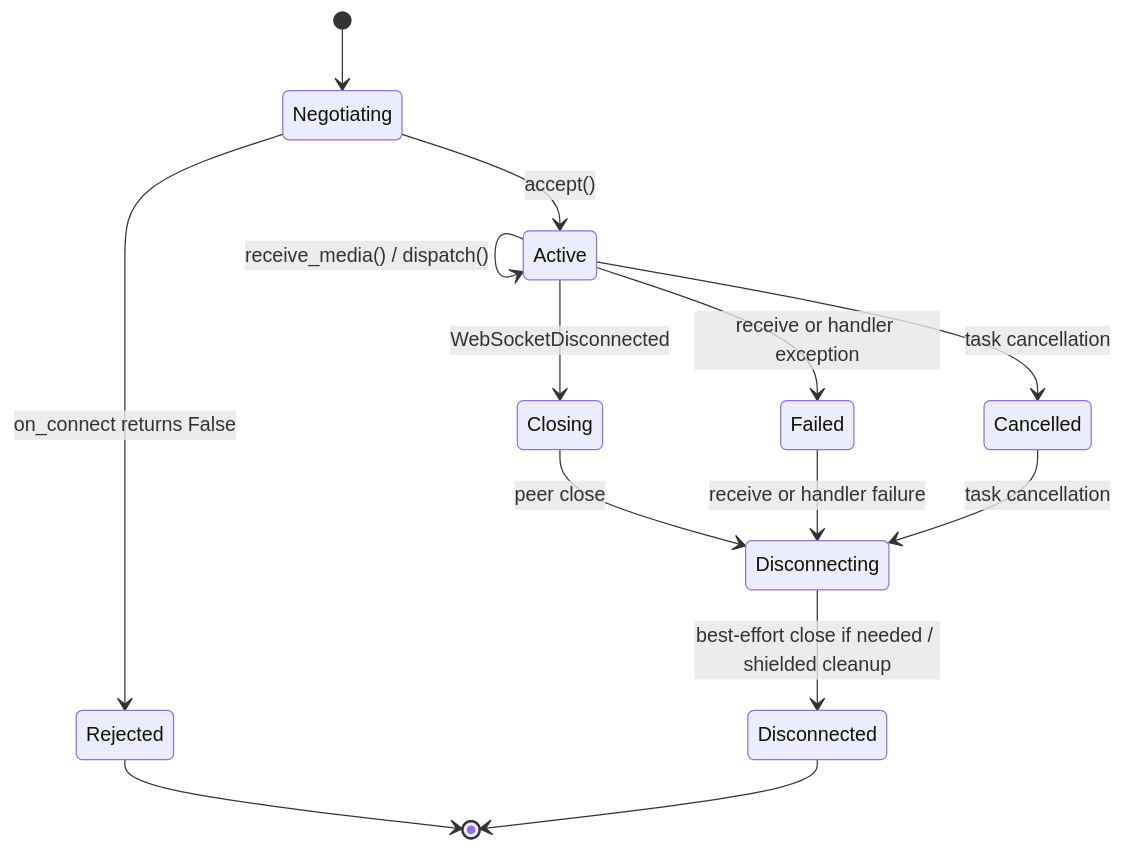
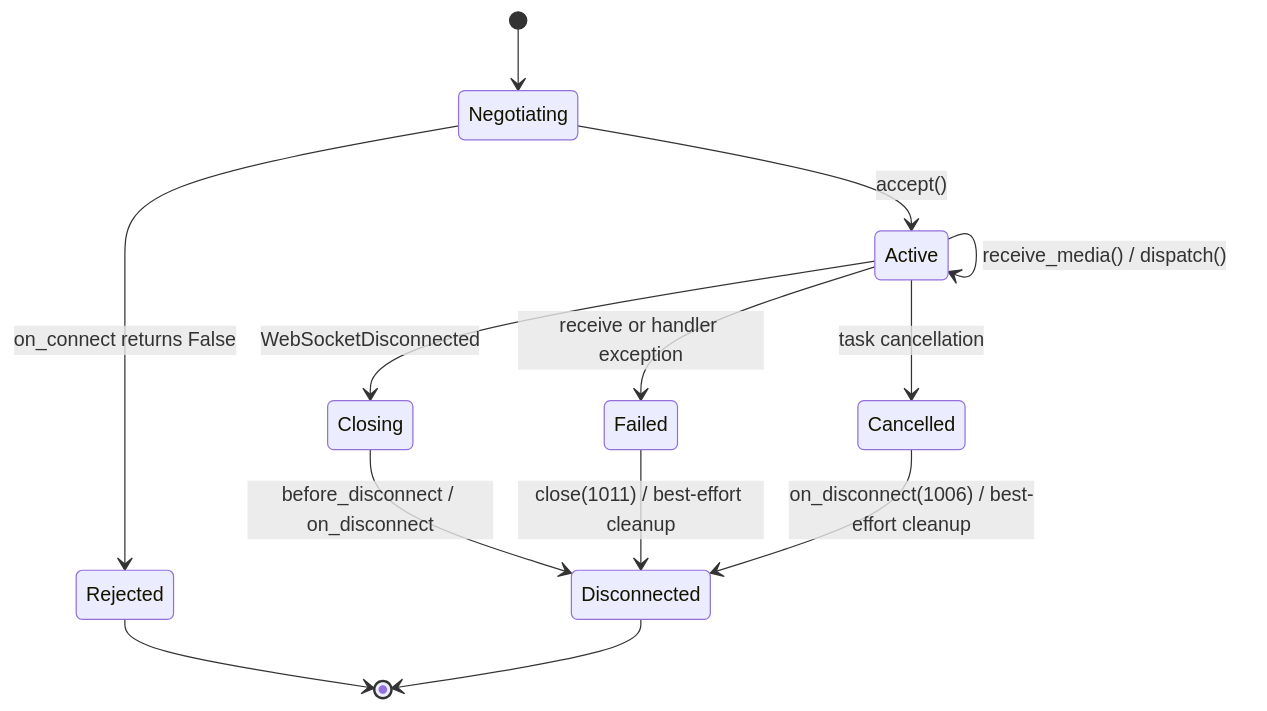
Before and after one commit to leynos/falcon-pachinko: diagram 14 of 20 in docs/falcon-websocket-extension-design.md, drawn with Mermaid. The commit also changed other lines of this file and 56 other files, not shown here.

````diff
--- a/docs/falcon-websocket-extension-design.md
+++ b/docs/falcon-websocket-extension-design.md
@@ -1698,18 +1667,17 @@
 ```mermaid
 stateDiagram-v2
     accTitle: WebSocket session state transitions
     accDescr: Negotiation accepts or rejects. Active dispatches until close, error, or cancellation; cleanup follows.
     [*] --> Negotiating
     Negotiating --> Rejected: on_connect returns False
     Negotiating --> Active: accept()
     Active --> Active: receive_media() / dispatch()
     Active --> Closing: WebSocketDisconnected
     Active --> Failed: receive or handler exception
     Active --> Cancelled: task cancellation
-    Closing --> Disconnecting: peer close
-    Failed --> Disconnecting: receive or handler failure
-    Cancelled --> Disconnecting: task cancellation
-    Disconnecting --> Disconnected: best-effort close if needed / shielded cleanup
+    Closing --> Disconnected: before_disconnect / on_disconnect
+    Failed --> Disconnected: close(1011) / best-effort cleanup
+    Cancelled --> Disconnected: on_disconnect(1006) / best-effort cleanup
     Rejected --> [*]
     Disconnected --> [*]
 ```
````
